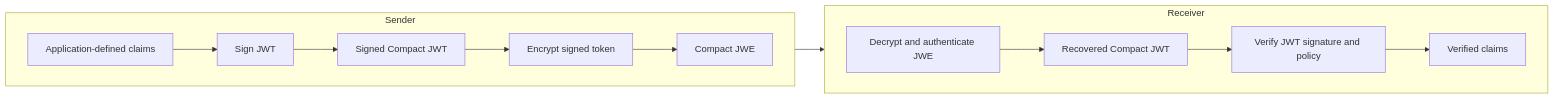
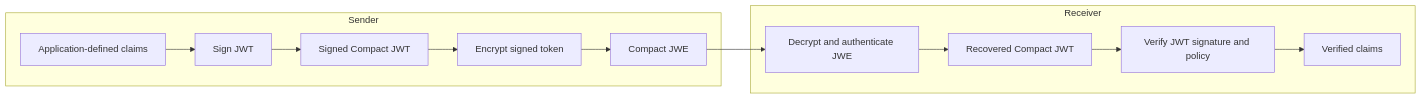
One commit to mkbeh/xjose changed diagram 11 of 20 in DESIGN.md. Above: the diagram before and after it, drawn with Mermaid. The commit also changed other lines of this file, not shown here.

Commit message:
docs(design): fix Mermaid diagram rendering (#13)

````diff
--- a/DESIGN.md
+++ b/DESIGN.md
@@ -511,27 +502,25 @@
 ```mermaid
 flowchart LR
     subgraph Sender
-        direction LR
         Claims[Application-defined claims]
         Sign[Sign JWT]
         Signed[Signed Compact JWT]
         Encrypt[Encrypt signed token]
         Protected[Compact JWE]
         Claims --> Sign
         Sign --> Signed
         Signed --> Encrypt
         Encrypt --> Protected
     end
 
     subgraph Receiver
-        direction LR
         Decrypt[Decrypt and authenticate JWE]
         Recovered[Recovered Compact JWT]
         Verify[Verify JWT signature and policy]
         Result[Verified claims]
         Protected --> Decrypt
         Decrypt --> Recovered
         Recovered --> Verify
         Verify --> Result
     end
 ```
````
